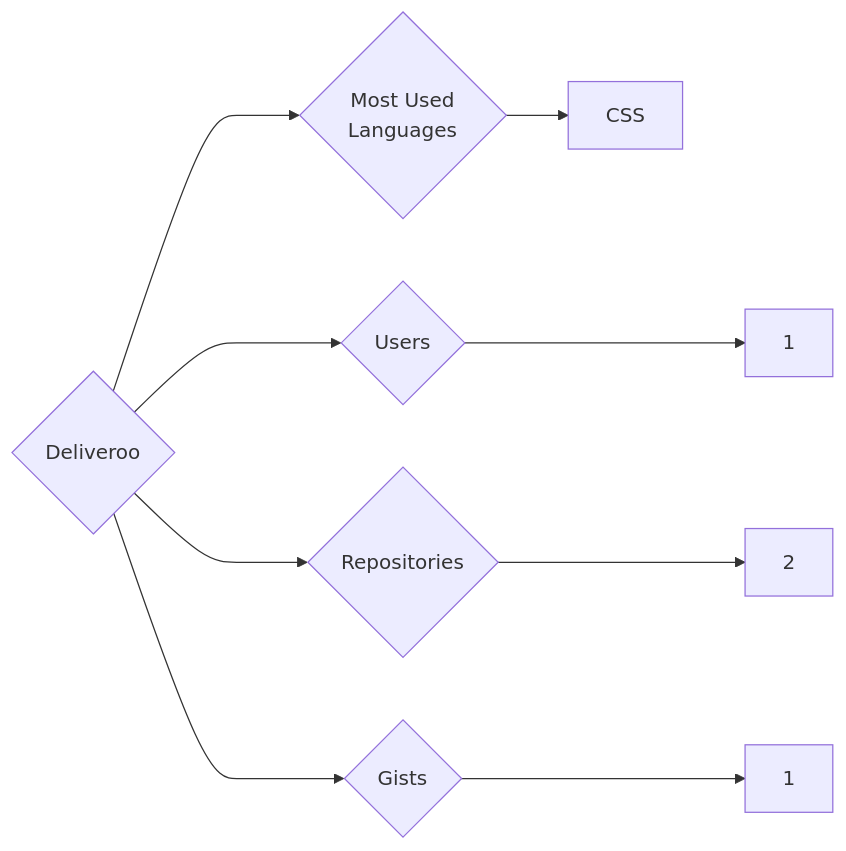
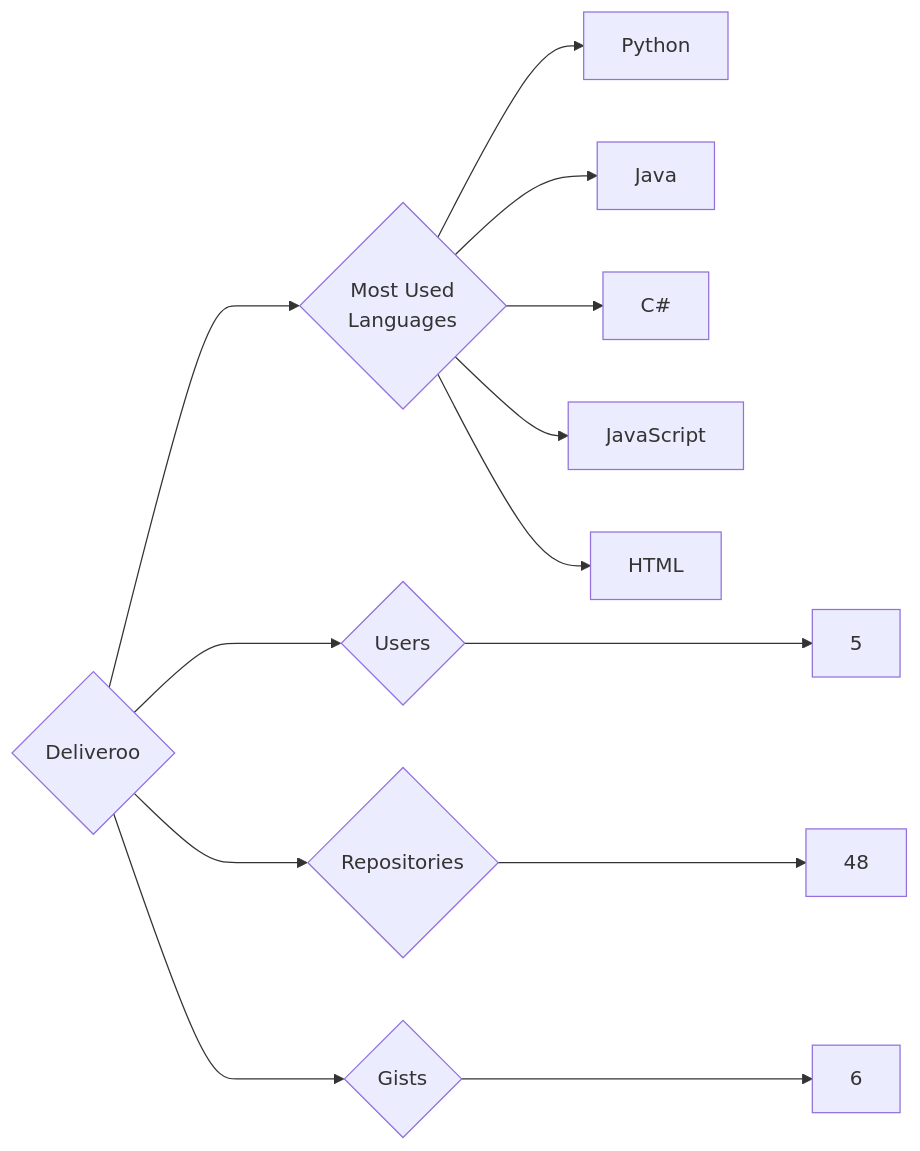
Before and after one commit to trickest/insiders: the diagram in targets/Deliveroo/README.md, drawn with Mermaid. The commit also changed 993 other files, not shown here.

````diff
--- a/targets/Deliveroo/README.md
+++ b/targets/Deliveroo/README.md
@@ -3,9 +3,13 @@
 ```mermaid
 graph LR
 COMPANY_NAME{Deliveroo}
-COMPANY_NAME ---> U{Users} ---> UN[1]
-COMPANY_NAME ---> R{Repositories} ---> RN[2]
-COMPANY_NAME ---> G{Gists} ---> GN[1]
+COMPANY_NAME ---> U{Users} ---> UN[5]
+COMPANY_NAME ---> R{Repositories} ---> RN[48]
+COMPANY_NAME ---> G{Gists} ---> GN[6]
 COMPANY_NAME ---> ML{Most Used<br>Languages}
-ML --> CSS[CSS]
+ML --> Python[Python]
+ML --> Java[Java]
+ML --> C#[C#]
+ML --> JavaScript[JavaScript]
+ML --> HTML[HTML]
 ```
````
